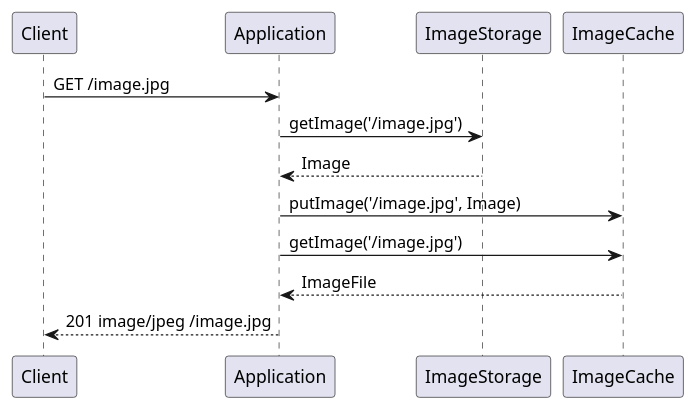
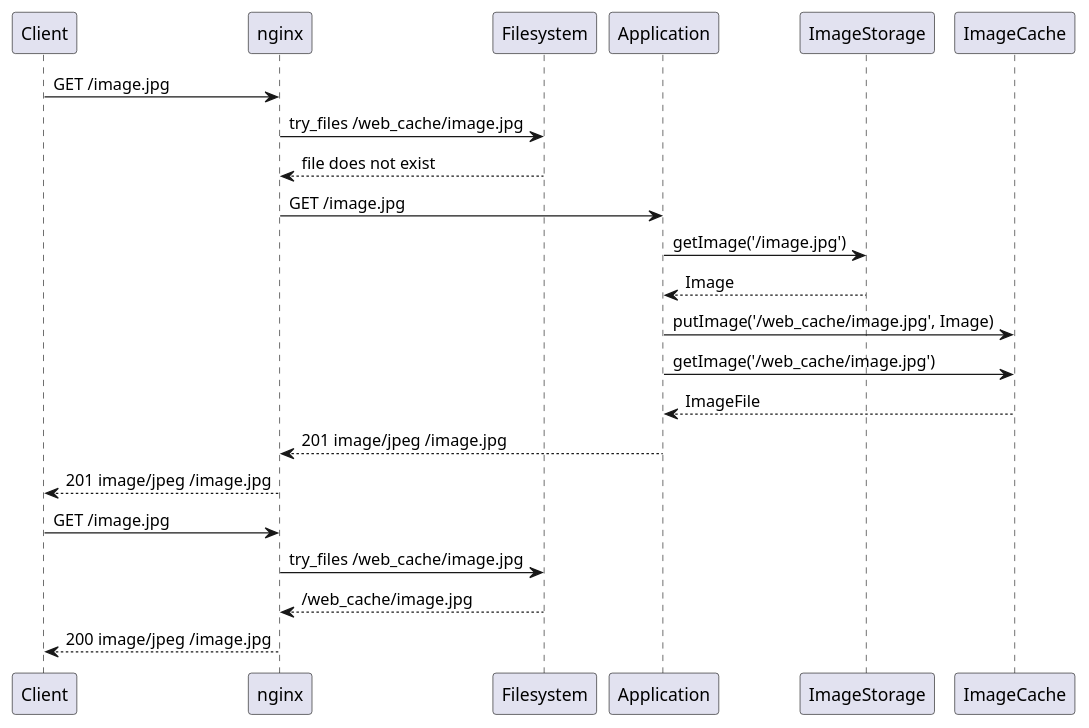
One commit to strider2038/image-cache changed the diagram in docs/uml/client-server.puml. Above: the diagram before and after it, drawn with PlantUML. The commit also changed 2 other files, not shown here.

Commit message:
Application UML added and details added to client-server UML

```diff
--- a/docs/uml/client-server.puml
+++ b/docs/uml/client-server.puml
@@ -1,11 +1,20 @@
 @startuml
 
-Client -> Application: GET /image.jpg
+Client -> nginx: GET /image.jpg
+nginx -> Filesystem: try_files /web_cache/image.jpg
+nginx <-- Filesystem: file does not exist
+nginx -> Application: GET /image.jpg
 Application -> ImageStorage: getImage('/image.jpg')
 Application <-- ImageStorage: Image
-Application -> ImageCache: putImage('/image.jpg', Image)
-Application -> ImageCache: getImage('/image.jpg')
+Application -> ImageCache: putImage('/web_cache/image.jpg', Image)
+Application -> ImageCache: getImage('/web_cache/image.jpg')
 Application <-- ImageCache: ImageFile
-Client <-- Application: 201 image/jpeg /image.jpg
+nginx <-- Application: 201 image/jpeg /image.jpg
+Client <-- nginx: 201 image/jpeg /image.jpg
+
+Client -> nginx: GET /image.jpg
+nginx -> Filesystem: try_files /web_cache/image.jpg
+nginx <-- Filesystem: /web_cache/image.jpg
+Client <-- nginx: 200 image/jpeg /image.jpg
 
 @enduml
```
